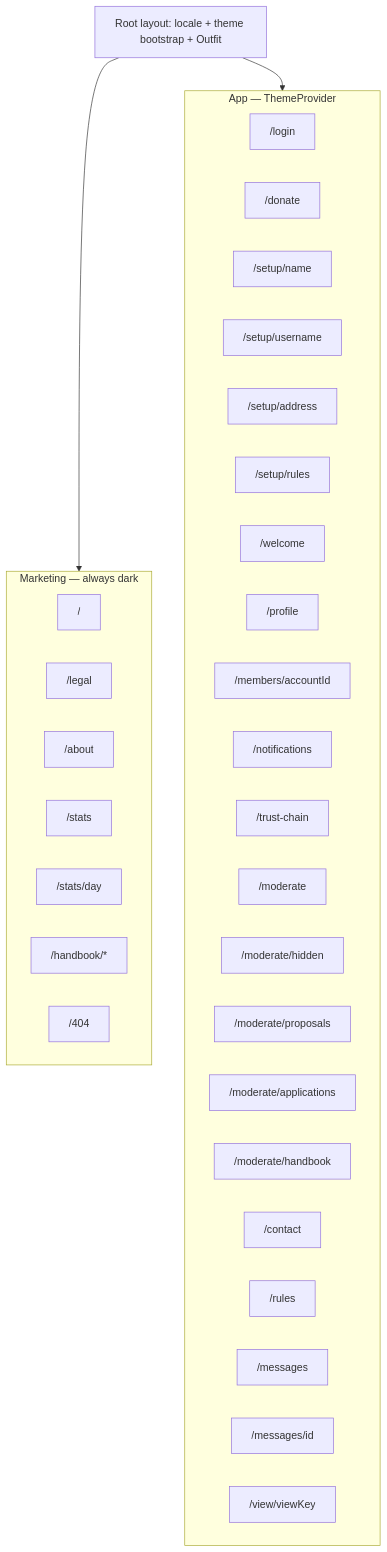
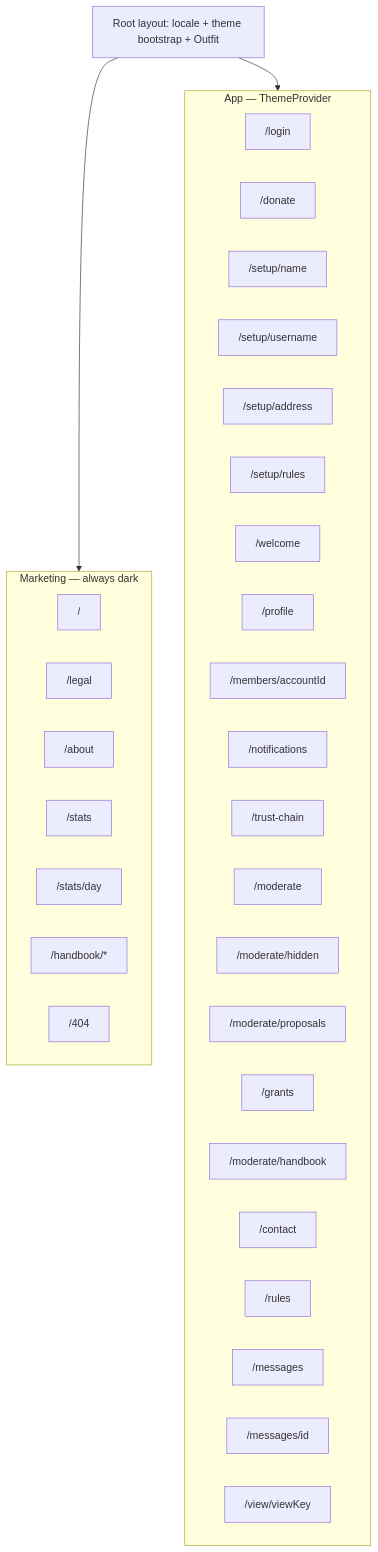
The second of 3 diagrams in docs/ui.md (21gifts/app), drawn with Mermaid before and after one commit. The commit also changed other lines of this file and 192 other files, not shown here.

````diff
--- a/docs/ui.md
+++ b/docs/ui.md
@@ -343,38 +343,38 @@
 ```mermaid
 flowchart TB
   subgraph mkt [Marketing — always dark]
     R["/"]
     L["/legal"]
     A["/about"]
     S["/stats"]
     SD["/stats/day"]
     H["/handbook/*"]
     F["/404"]
   end
   subgraph app [App — ThemeProvider]
     LI["/login"]
     DO["/donate"]
     SN["/setup/name"]
     SU["/setup/username"]
     SA["/setup/address"]
     SR["/setup/rules"]
     W["/welcome"]
     P["/profile"]
     MEM["/members/accountId"]
     N["/notifications"]
     TC["/trust-chain"]
     MO["/moderate"]
     MOH["/moderate/hidden"]
     MOP["/moderate/proposals"]
-    MOA["/moderate/applications"]
+    GR["/grants"]
     MOHB["/moderate/handbook"]
     C["/contact"]
     RU["/rules"]
     IN["/messages"]
     MID["/messages/id"]
     V["/view/viewKey"]
   end
   root[Root layout: locale + theme bootstrap + Outfit]
   root --> mkt
   root --> app
 ```
````
